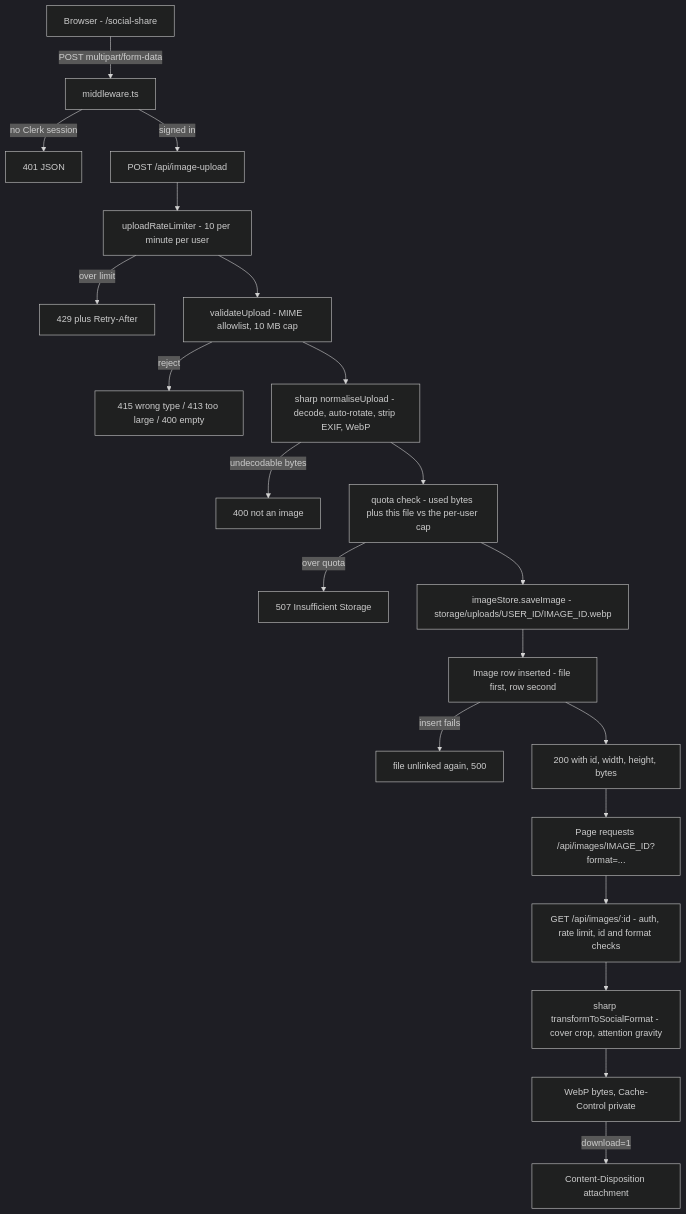
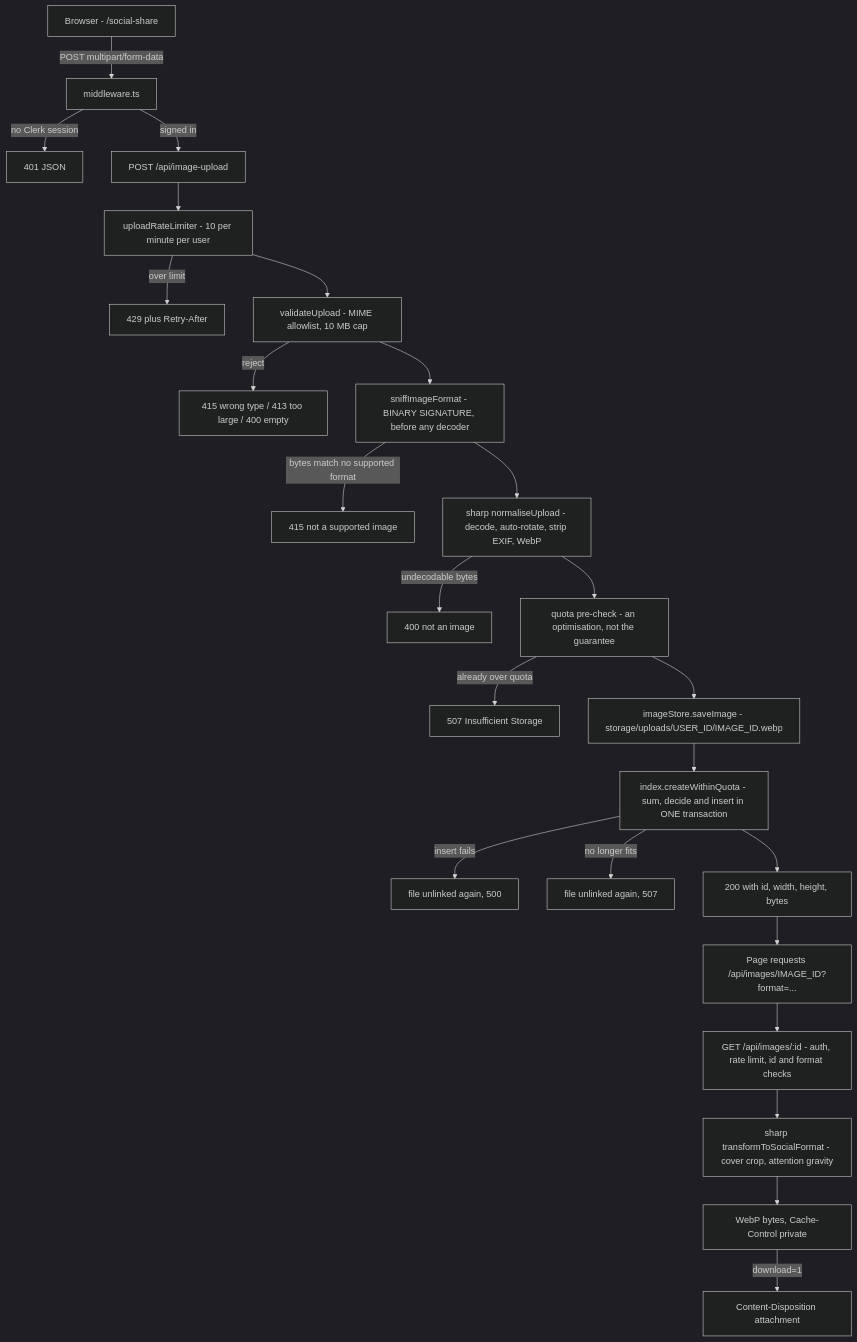
The diagram in README.md (vipinsao/ai-saas-webapp), drawn with Mermaid (dark theme) before and after one commit. The commit also changed other lines of this file and 9 other files, not shown here.

````diff
--- a/README.md
+++ b/README.md
@@ -57,25 +57,28 @@
 ```mermaid
 flowchart TD
     A["Browser - /social-share"] -->|"POST multipart/form-data"| B["middleware.ts"]
     B -->|"no Clerk session"| Z1["401 JSON"]
     B -->|"signed in"| C["POST /api/image-upload"]
 
     C --> D["uploadRateLimiter - 10 per minute per user"]
     D -->|"over limit"| Z2["429 plus Retry-After"]
     D --> E["validateUpload - MIME allowlist, 10 MB cap"]
     E -->|"reject"| Z3["415 wrong type / 413 too large / 400 empty"]
-    E --> F["sharp normaliseUpload - decode, auto-rotate, strip EXIF, WebP"]
+    E --> S["sniffImageFormat - BINARY SIGNATURE, before any decoder"]
+    S -->|"bytes match no supported format"| Z7["415 not a supported image"]
+    S --> F["sharp normaliseUpload - decode, auto-rotate, strip EXIF, WebP"]
     F -->|"undecodable bytes"| Z4["400 not an image"]
-    F --> Q["quota check - used bytes plus this file vs the per-user cap"]
-    Q -->|"over quota"| Z5["507 Insufficient Storage"]
+    F --> Q["quota pre-check - an optimisation, not the guarantee"]
+    Q -->|"already over quota"| Z5["507 Insufficient Storage"]
     Q --> G["imageStore.saveImage - storage/uploads/USER_ID/IMAGE_ID.webp"]
-    G --> R["Image row inserted - file first, row second"]
+    G --> R["index.createWithinQuota - sum, decide and insert in ONE transaction"]
     R -->|"insert fails"| Z6["file unlinked again, 500"]
+    R -->|"no longer fits"| Z8["file unlinked again, 507"]
     R --> H["200 with id, width, height, bytes"]
 
     H --> I["Page requests /api/images/IMAGE_ID?format=..."]
     I --> J["GET /api/images/:id - auth, rate limit, id and format checks"]
     J --> K["sharp transformToSocialFormat - cover crop, attention gravity"]
     K --> L["WebP bytes, Cache-Control private"]
     L -->|"download=1"| M["Content-Disposition attachment"]
 ```
````
